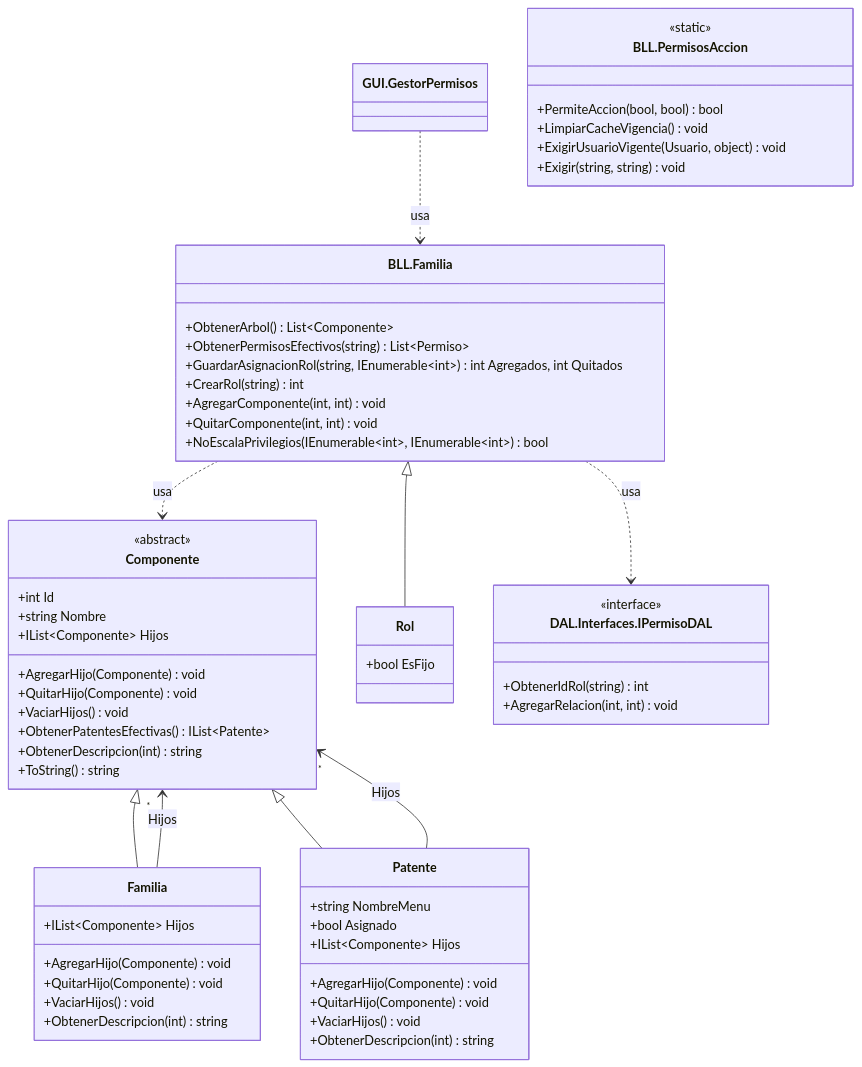
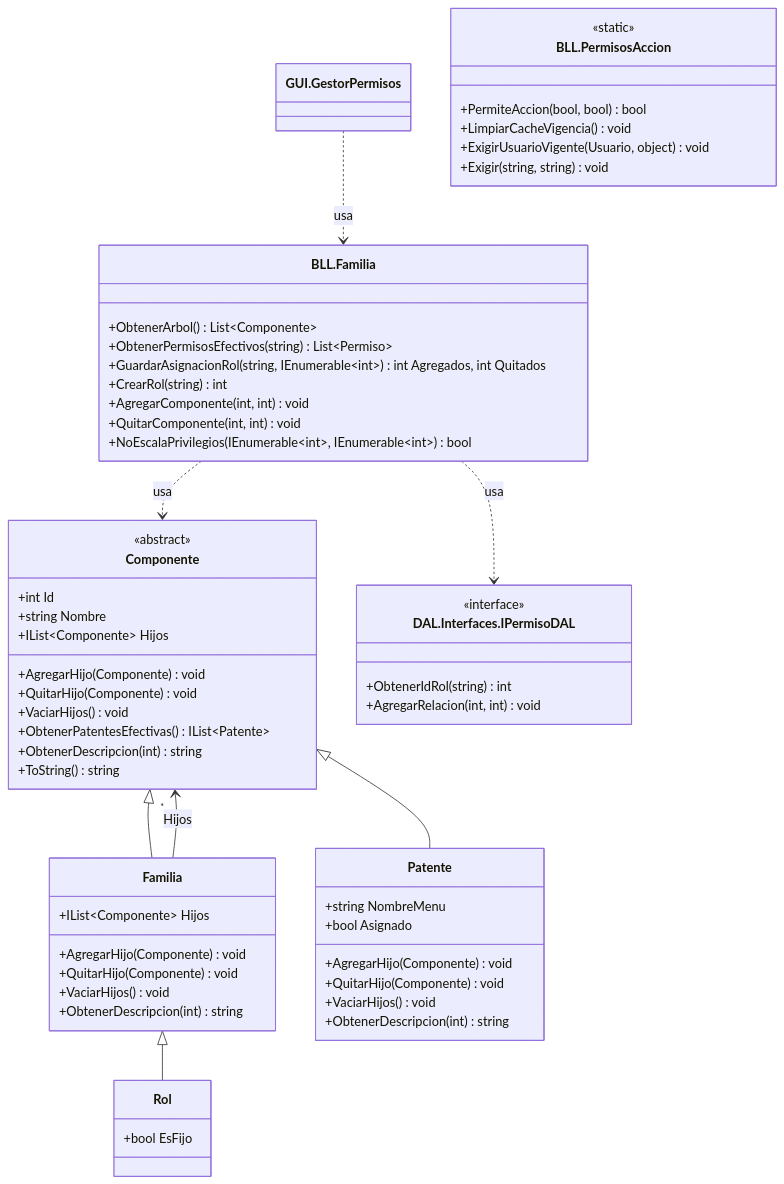
Before and after one commit to valentinamorana/Trabajo-de-Diploma: the diagram in docs/diagramas/mermaid/CLASES_T04_perfiles.mmd, drawn with Mermaid. The commit also changed 59 other files, not shown here.

```diff
--- a/docs/diagramas/mermaid/CLASES_T04_perfiles.mmd
+++ b/docs/diagramas/mermaid/CLASES_T04_perfiles.mmd
@@ -1,64 +1,62 @@
 classDiagram
   direction TB
   class GUI_GestorPermisos["GUI.GestorPermisos"] {
   }
   class BLL_Familia["BLL.Familia"] {
     +ObtenerArbol() List~Componente~
     +ObtenerPermisosEfectivos(string) List~Permiso~
     +GuardarAsignacionRol(string,  IEnumerable~int~) int Agregados, int Quitados
     +CrearRol(string) int
     +AgregarComponente(int,  int) void
     +QuitarComponente(int,  int) void
     +NoEscalaPrivilegios(IEnumerable~int~,  IEnumerable~int~) bool
   }
   class BLL_PermisosAccion["BLL.PermisosAccion"] {
     <<static>>
     +PermiteAccion(bool,  bool) bool
     +LimpiarCacheVigencia() void
     +ExigirUsuarioVigente(Usuario,  object) void
     +Exigir(string,  string) void
   }
   class Componente {
     <<abstract>>
     +int Id
     +string Nombre
     +IList~Componente~ Hijos
     +AgregarHijo(Componente) void
     +QuitarHijo(Componente) void
     +VaciarHijos() void
     +ObtenerPatentesEfectivas() IList~Patente~
     +ObtenerDescripcion(int) string
     +ToString() string
   }
   class Familia {
     +IList~Componente~ Hijos
     +AgregarHijo(Componente) void
     +QuitarHijo(Componente) void
     +VaciarHijos() void
     +ObtenerDescripcion(int) string
   }
   class Patente {
     +string NombreMenu
     +bool Asignado
-    +IList~Componente~ Hijos
     +AgregarHijo(Componente) void
     +QuitarHijo(Componente) void
     +VaciarHijos() void
     +ObtenerDescripcion(int) string
   }
   class Rol {
     +bool EsFijo
   }
   class DAL_Interfaces_IPermisoDAL["DAL.Interfaces.IPermisoDAL"] {
     <<interface>>
     +ObtenerIdRol(string) int
     +AgregarRelacion(int,  int) void
   }
   BLL_Familia ..> DAL_Interfaces_IPermisoDAL : usa
   Componente <|-- Familia
   Familia --> "*" Componente : Hijos
   Componente <|-- Patente
-  Patente --> "*" Componente : Hijos
-  BLL_Familia <|-- Rol
+  Familia <|-- Rol
   GUI_GestorPermisos ..> BLL_Familia : usa
   BLL_Familia ..> Componente : usa
```
